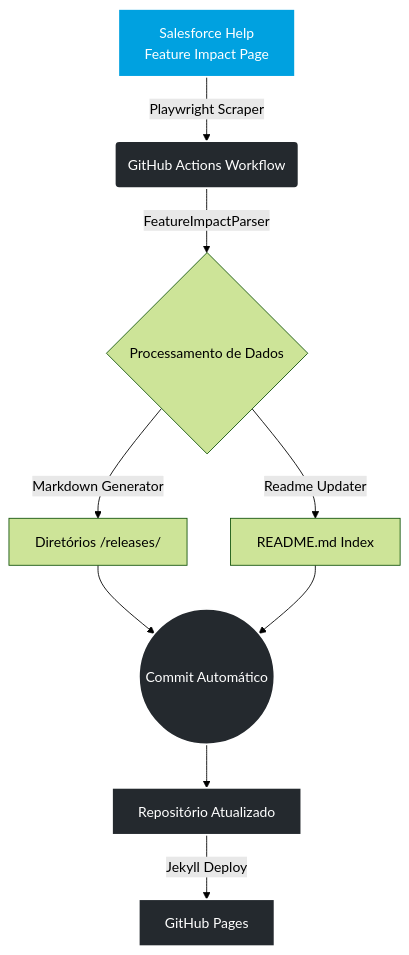
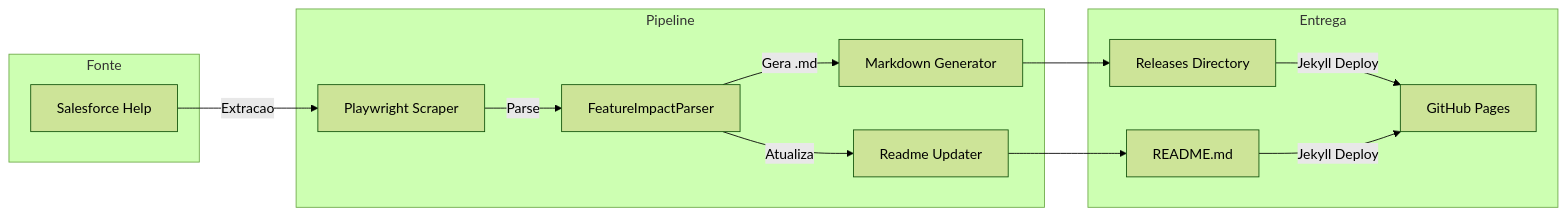
The diagram in README.md (Fatal1tyBarucco/Salesforce-WebDev), drawn with Mermaid (forest theme) before and after one commit. The commit also changed 1 other file, not shown here.

Commit message:
docs: modernize mermaid flowchart for README and workflows
- Use flowchart LR with subgraphs for better rendering
- Remove special characters that cause GitHub rendering issues
- Add flowchart to workflow YAML header and summary step
- Simplified node labels for reliable rendering

````diff
--- a/README.md
+++ b/README.md
@@ -39,16 +39,28 @@
 ```mermaid
-graph TD
-    A[Salesforce Help<br/>Feature Impact Page] -->|Playwright Scraper| B(GitHub Actions Workflow)
-    B -->|FeatureImpactParser| C{Processamento de Dados}
-    C -->|Markdown Generator| D[Diretórios /releases/]
-    C -->|Readme Updater| E[README.md Index]
-    D --> F((Commit Automático))
-    E --> F
-    F --> G[Repositório Atualizado]
-    G -->|Jekyll Deploy| H[GitHub Pages]
+flowchart LR
+    subgraph Fonte
+        A[Salesforce Help]
+    end
 
-    classDef salesforce fill:#00A1E0,stroke:#fff,stroke-width:2px,color:#fff;
-    classDef github fill:#24292e,stroke:#fff,stroke-width:2px,color:#fff;
-    class A salesforce;
-    class B,F,G,H github;
+    subgraph Pipeline
+        B[Playwright Scraper]
+        C[FeatureImpactParser]
+        D[Markdown Generator]
+        E[Readme Updater]
+    end
+
+    subgraph Entrega
+        F[Releases Directory]
+        G[README.md]
+        H[GitHub Pages]
+    end
+
+    A -->|Extracao| B
+    B -->|Parse| C
+    C -->|Gera .md| D
+    C -->|Atualiza| E
+    D --> F
+    E --> G
+    F -->|Jekyll Deploy| H
+    G -->|Jekyll Deploy| H
 ```
````
